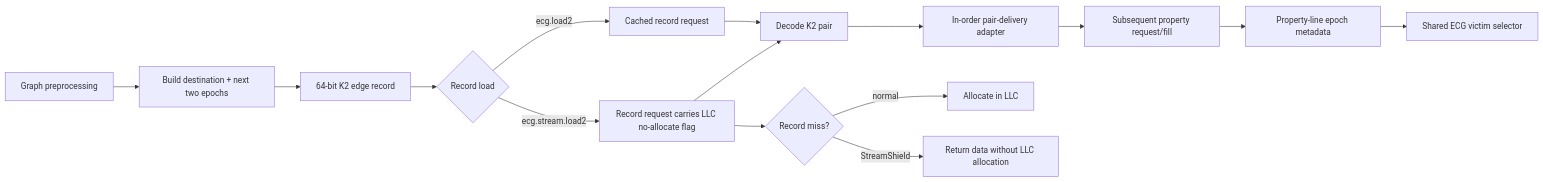
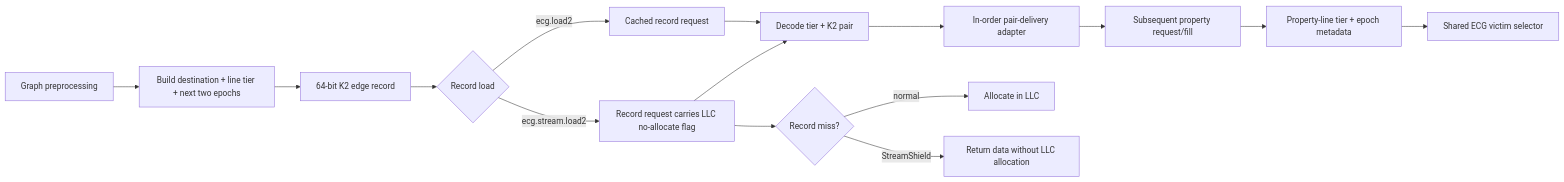
Before and after one commit to UVA-LavaLab/GraphBrew: the first of 3 diagrams in research/ecg-hpca/ARCHITECTURE.md, drawn with Mermaid. The commit also changed other lines of this file and 69 other files, not shown here.

````diff
--- a/research/ecg-hpca/ARCHITECTURE.md
+++ b/research/ecg-hpca/ARCHITECTURE.md
@@ -53,17 +61,17 @@
 ```mermaid
 flowchart LR
-    A[Graph preprocessing] --> B[Build destination + next two epochs]
+    A[Graph preprocessing] --> B[Build destination + line tier + next two epochs]
     B --> C[64-bit K2 edge record]
     C --> D{Record load}
     D -->|ecg.load2| E[Cached record request]
     D -->|ecg.stream.load2| F[Record request carries LLC no-allocate flag]
-    E --> G[Decode K2 pair]
+    E --> G[Decode tier + K2 pair]
     F --> G
     G --> H[In-order pair-delivery adapter]
     H --> I[Subsequent property request/fill]
-    I --> J[Property-line epoch metadata]
+    I --> J[Property-line tier + epoch metadata]
     J --> K[Shared ECG victim selector]
     F --> L{Record miss?}
     L -->|normal| M[Allocate in LLC]
     L -->|StreamShield| N[Return data without LLC allocation]
 ```
````
